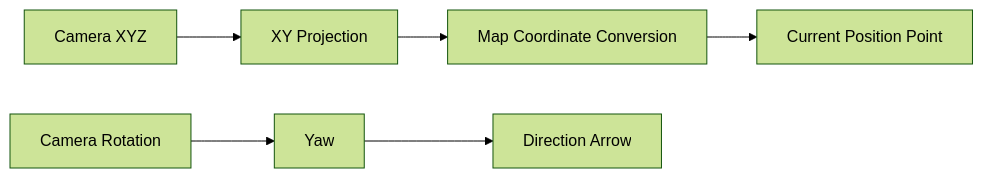
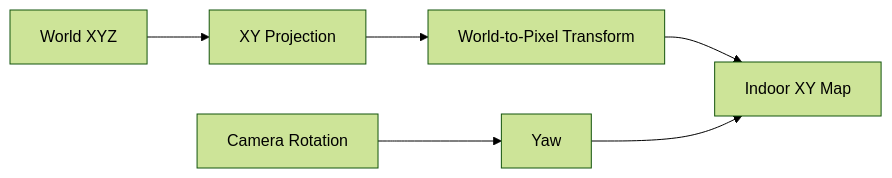
The fifth of 9 diagrams in README.md (JIWOO1127/machine-vision1), drawn with Mermaid (forest theme) before and after one commit. The commit also changed other lines of this file and 8 other files, not shown here.

````diff
--- a/README.md
+++ b/README.md
@@ -467,16 +483,8 @@
 ```mermaid
 flowchart LR
-    A[Camera XYZ]
-    B[XY Projection]
-    C[Map Coordinate Conversion]
-    D[Current Position Point]
-    E[Camera Rotation]
-    F[Yaw]
-    G[Direction Arrow]
-
-    A --> B
-    B --> C
-    C --> D
-    E --> F
-    F --> G
+    A[World XYZ] --> B[XY Projection]
+    B --> C[World-to-Pixel Transform]
+    C --> D[Indoor XY Map]
+    E[Camera Rotation] --> F[Yaw]
+    F --> D
 ```
````
